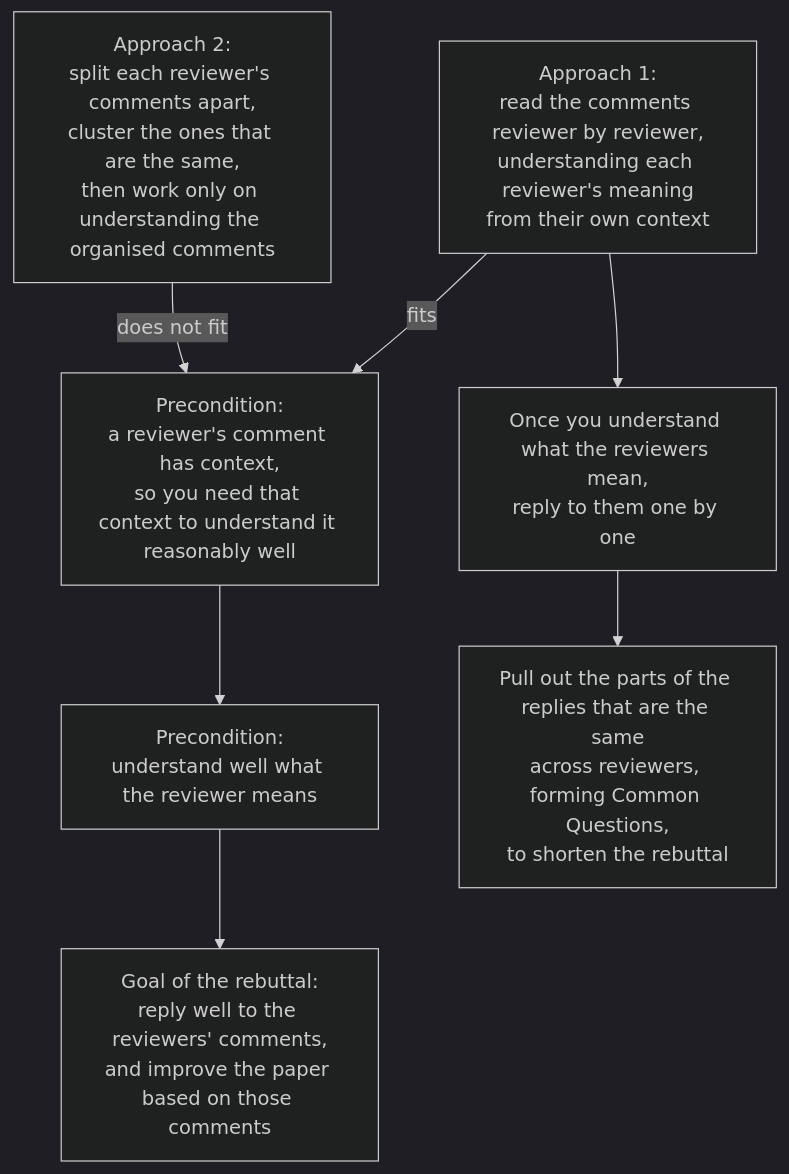
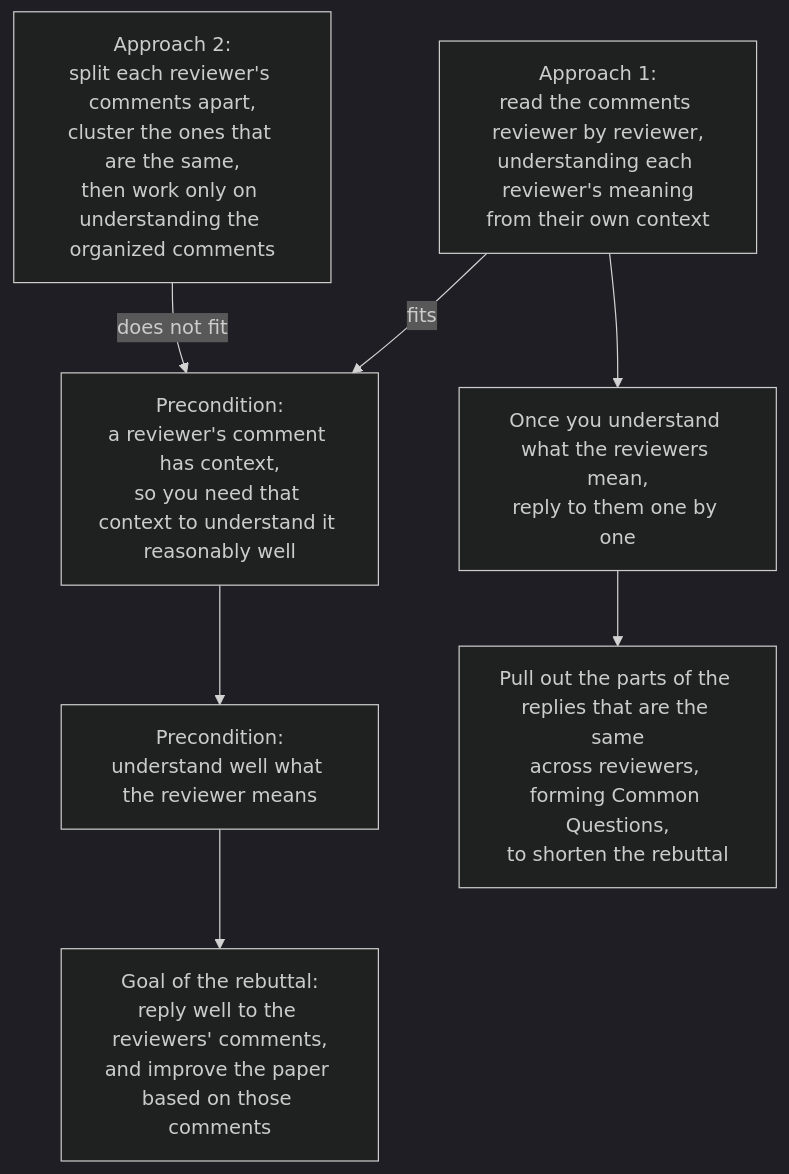
The diagram in notion/how-to-rebuttal/README.md (dipta007/learning-research-en), drawn with Mermaid (dark theme) before and after one commit. The commit also changed other lines of this file and 21 other files, not shown here.

````diff
--- a/notion/how-to-rebuttal/README.md
+++ b/notion/how-to-rebuttal/README.md
@@ -35,14 +35,14 @@
 ```mermaid
 flowchart TD
     G["Goal of the rebuttal:<br/>reply well to the reviewers' comments,<br/>and improve the paper based on those comments"]
     P1["Precondition:<br/>understand well what the reviewer means"]
     P2["Precondition:<br/>a reviewer's comment has context,<br/>so you need that context to understand it reasonably well"]
     A1["Approach 1:<br/>read the comments reviewer by reviewer,<br/>understanding each reviewer's meaning<br/>from their own context"]
-    A2["Approach 2:<br/>split each reviewer's comments apart,<br/>cluster the ones that are the same,<br/>then work only on understanding the organised comments"]
+    A2["Approach 2:<br/>split each reviewer's comments apart,<br/>cluster the ones that are the same,<br/>then work only on understanding the organized comments"]
     R1["Once you understand what the reviewers mean,<br/>reply to them one by one"]
     R2["Pull out the parts of the replies that are the same<br/>across reviewers, forming Common Questions,<br/>to shorten the rebuttal"]
     A1 -- fits --> P2
     A2 -- does not fit --> P2
     P2 --> P1 --> G
     A1 --> R1 --> R2
 ```
````
